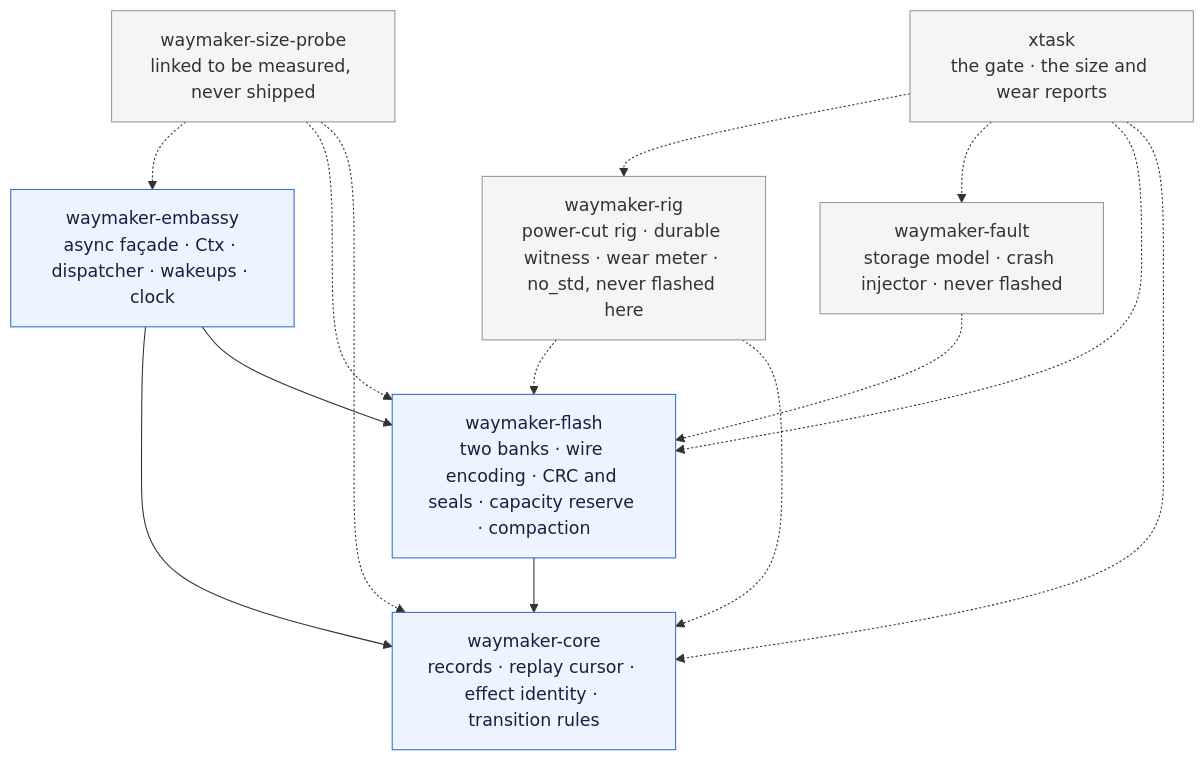
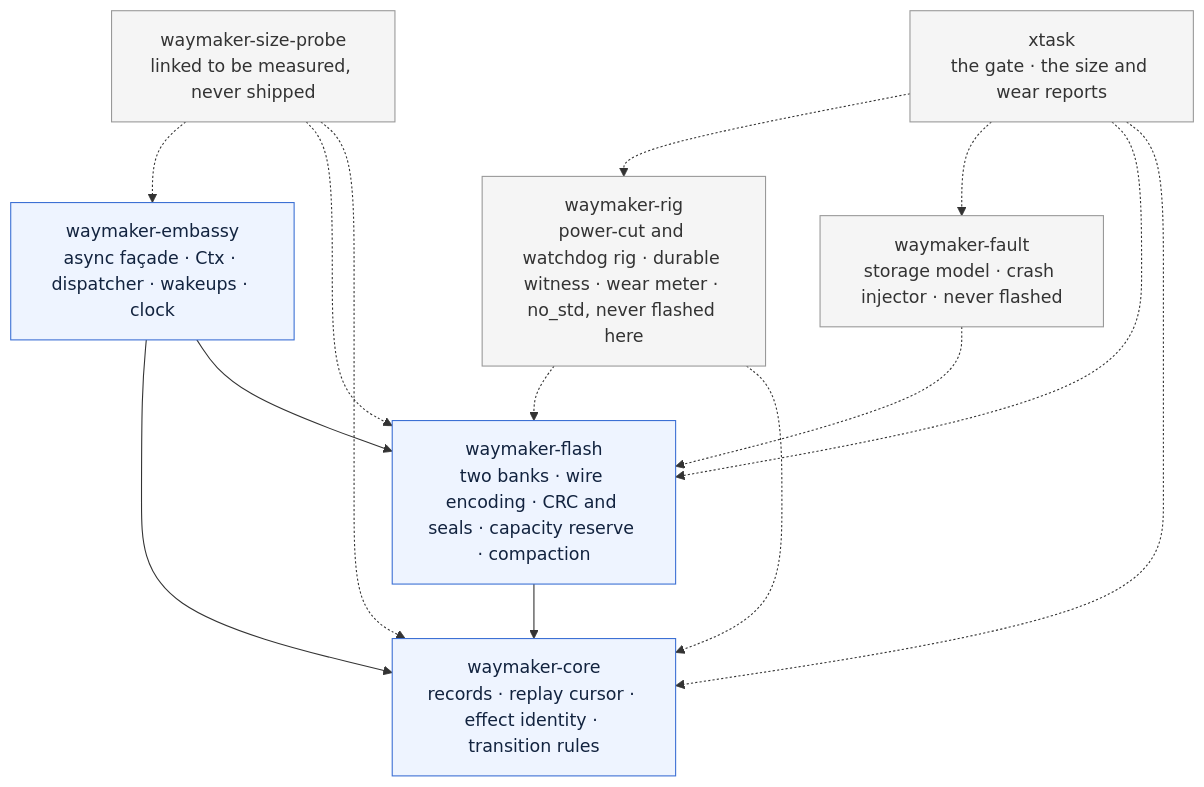
Before and after one commit to madmax983/waymaker: the first of 11 diagrams in docs/architecture.md, drawn with Mermaid.

Commit message:
The rig's diagram label names both reset causes
`waymaker-rig` performs watchdog resets as well as power cuts now, and the
node label said only the first.

Claude-Session: https://claude.ai/code/session_01E5JFRy7jFK3bWNbKmZciZh

````diff
--- a/docs/architecture.md
+++ b/docs/architecture.md
@@ -50,30 +50,30 @@
 ```mermaid
 graph TD
   waymaker-embassy["waymaker-embassy<br/>async façade · Ctx · dispatcher · wakeups · clock"]
   waymaker-flash["waymaker-flash<br/>two banks · wire encoding · CRC and seals · capacity reserve · compaction"]
   waymaker-core["waymaker-core<br/>records · replay cursor · effect identity · transition rules"]
   waymaker-size-probe["waymaker-size-probe<br/>linked to be measured, never shipped"]
   waymaker-fault["waymaker-fault<br/>storage model · crash injector · never flashed"]
-  waymaker-rig["waymaker-rig<br/>power-cut rig · durable witness · wear meter · no_std, never flashed here"]
+  waymaker-rig["waymaker-rig<br/>power-cut and watchdog rig · durable witness · wear meter · no_std, never flashed here"]
   xtask["xtask<br/>the gate · the size and wear reports"]
 
   waymaker-embassy --> waymaker-core
   waymaker-embassy --> waymaker-flash
   waymaker-flash --> waymaker-core
 
   waymaker-size-probe -.-> waymaker-embassy
   waymaker-size-probe -.-> waymaker-flash
   waymaker-size-probe -.-> waymaker-core
   waymaker-fault -.-> waymaker-flash
   waymaker-rig -.-> waymaker-flash
   waymaker-rig -.-> waymaker-core
   xtask -.-> waymaker-rig
   xtask -.-> waymaker-fault
   xtask -.-> waymaker-flash
   xtask -.-> waymaker-core
 
   classDef layer fill:#eef4ff,stroke:#3b6fd4,color:#12233f;
   classDef tool fill:#f5f5f5,stroke:#999999,color:#333333;
   class waymaker-embassy,waymaker-flash,waymaker-core layer;
   class waymaker-size-probe,waymaker-fault,waymaker-rig,xtask tool;
 ```
````
